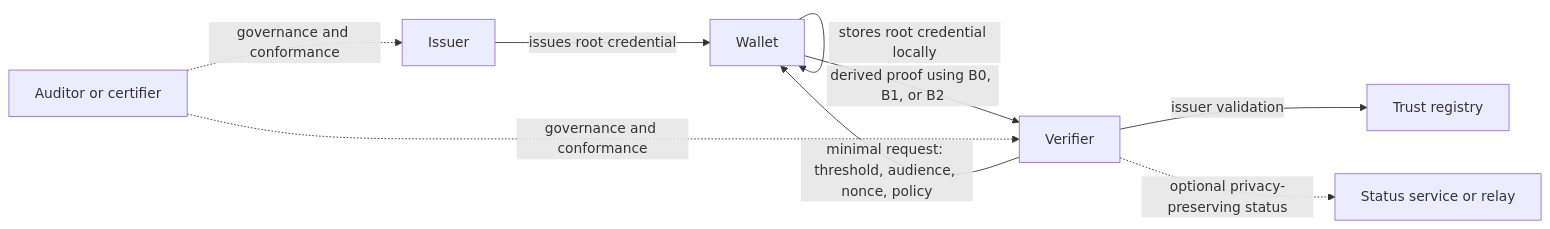
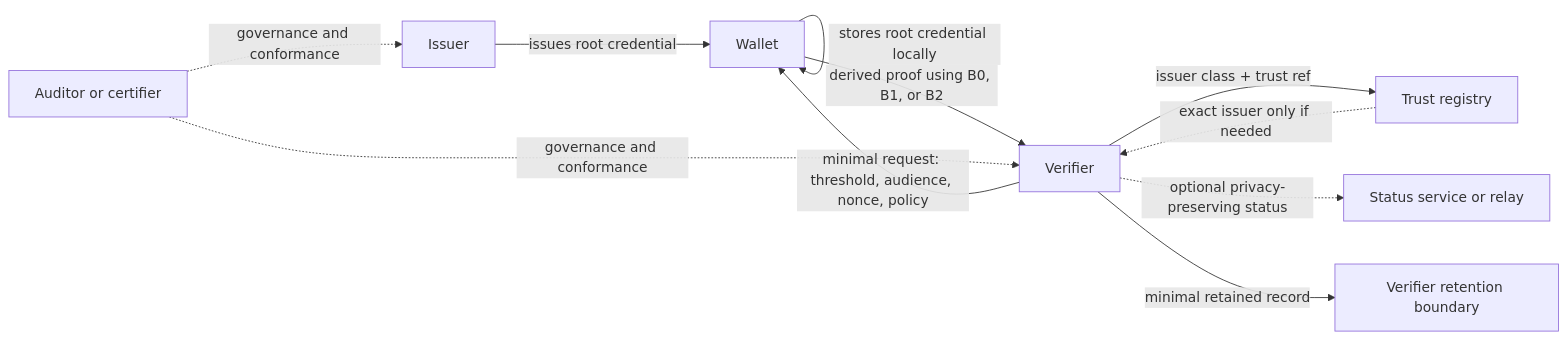
The diagram in docs/architecture/ARCHITECTURE_OVERVIEW.md (JGx101/Minimal-Age-Disclosure), drawn with Mermaid before and after one commit. The commit also changed 4 other files, not shown here.

Commit message:
Propagate architecture visuals for binding and retention

````diff
--- a/docs/architecture/ARCHITECTURE_OVERVIEW.md
+++ b/docs/architecture/ARCHITECTURE_OVERVIEW.md
@@ -129,11 +129,13 @@
 ```mermaid
 flowchart LR
     I[Issuer] -->|issues root credential| W[Wallet]
     W -->|stores root credential locally| W
     V[Verifier] -->|minimal request: threshold, audience, nonce, policy| W
     W -->|derived proof using B0, B1, or B2| V
-    V -->|issuer validation| T[Trust registry]
+    V -->|issuer class + trust ref| T[Trust registry]
+    T -. exact issuer only if needed .-> V
     V -. optional privacy-preserving status .-> S[Status service or relay]
+    V -->|minimal retained record| R[Verifier retention boundary]
     A[Auditor or certifier] -. governance and conformance .-> I
     A -. governance and conformance .-> V
 ```
````
